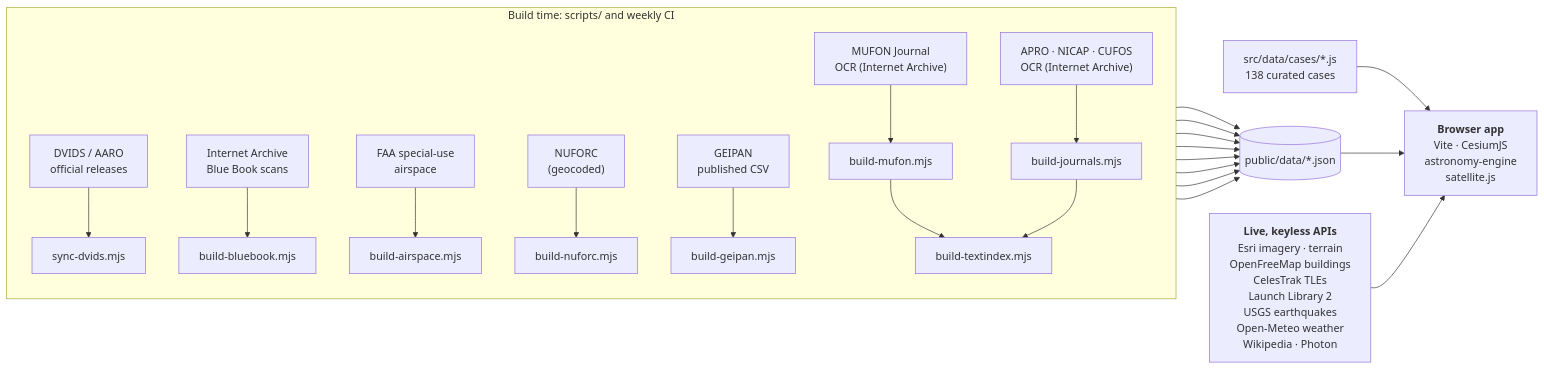
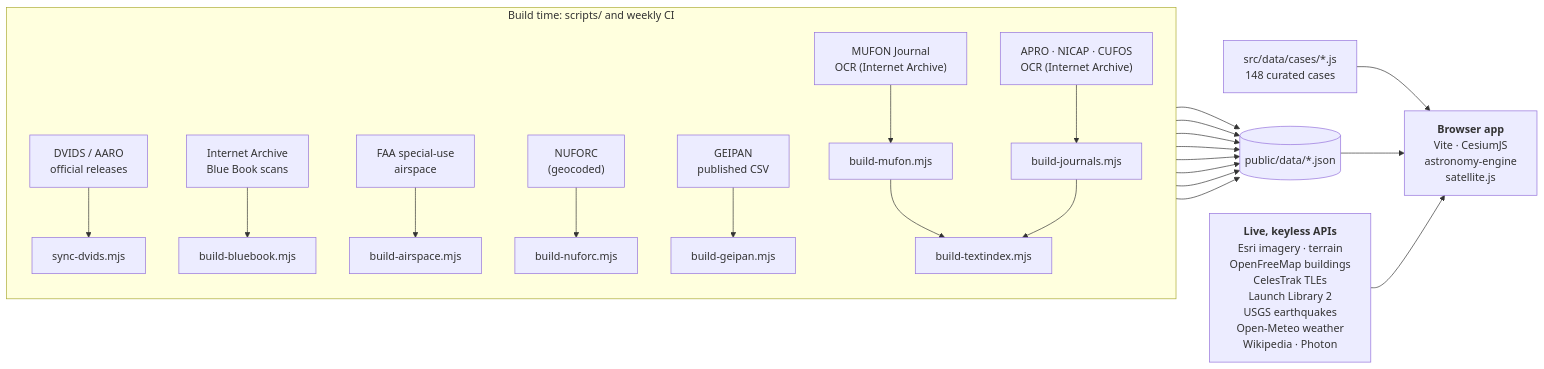
Before and after one commit to domw99/Gods-Eye-UAPs: the diagram in README.md, drawn with Mermaid. The commit also changed other lines of this file and 50 other files, not shown here.

````diff
--- a/README.md
+++ b/README.md
@@ -318,18 +334,18 @@
 ```mermaid
 flowchart LR
   subgraph build["Build time: scripts/ and weekly CI"]
     direction TB
     DVIDS["DVIDS / AARO<br/>official releases"] --> S1["sync-dvids.mjs"]
     IA["Internet Archive<br/>Blue Book scans"] --> S2["build-bluebook.mjs"]
     FAA["FAA special-use<br/>airspace"] --> S3["build-airspace.mjs"]
     NUF["NUFORC<br/>(geocoded)"] --> S4["build-nuforc.mjs"]
     MUF["MUFON Journal<br/>OCR (Internet Archive)"] --> S5["build-mufon.mjs"]
     GEI["GEIPAN<br/>published CSV"] --> S6["build-geipan.mjs"]
     ARC["APRO · NICAP · CUFOS<br/>OCR (Internet Archive)"] --> S7["build-journals.mjs"]
     S5 & S7 --> S8["build-textindex.mjs"]
   end
   S1 & S2 & S3 & S4 & S5 & S6 & S7 & S8 --> DATA[("public/data/*.json")]
-  CASES["src/data/cases/*.js<br/>138 curated cases"] --> APP
+  CASES["src/data/cases/*.js<br/>148 curated cases"] --> APP
   DATA --> APP["<b>Browser app</b><br/>Vite · CesiumJS<br/>astronomy-engine<br/>satellite.js"]
   LIVE["<b>Live, keyless APIs</b><br/>Esri imagery · terrain<br/>OpenFreeMap buildings<br/>CelesTrak TLEs<br/>Launch Library 2<br/>USGS earthquakes<br/>Open-Meteo weather<br/>Wikipedia · Photon"] --> APP
 ```
````
